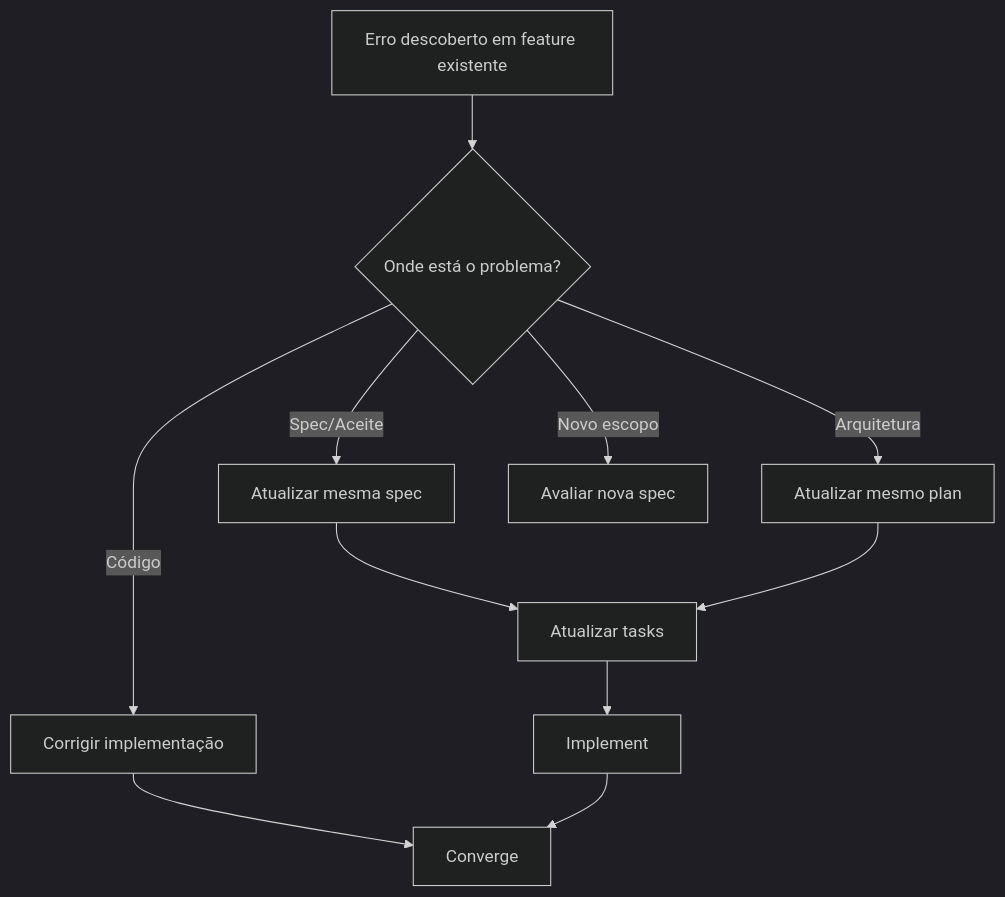
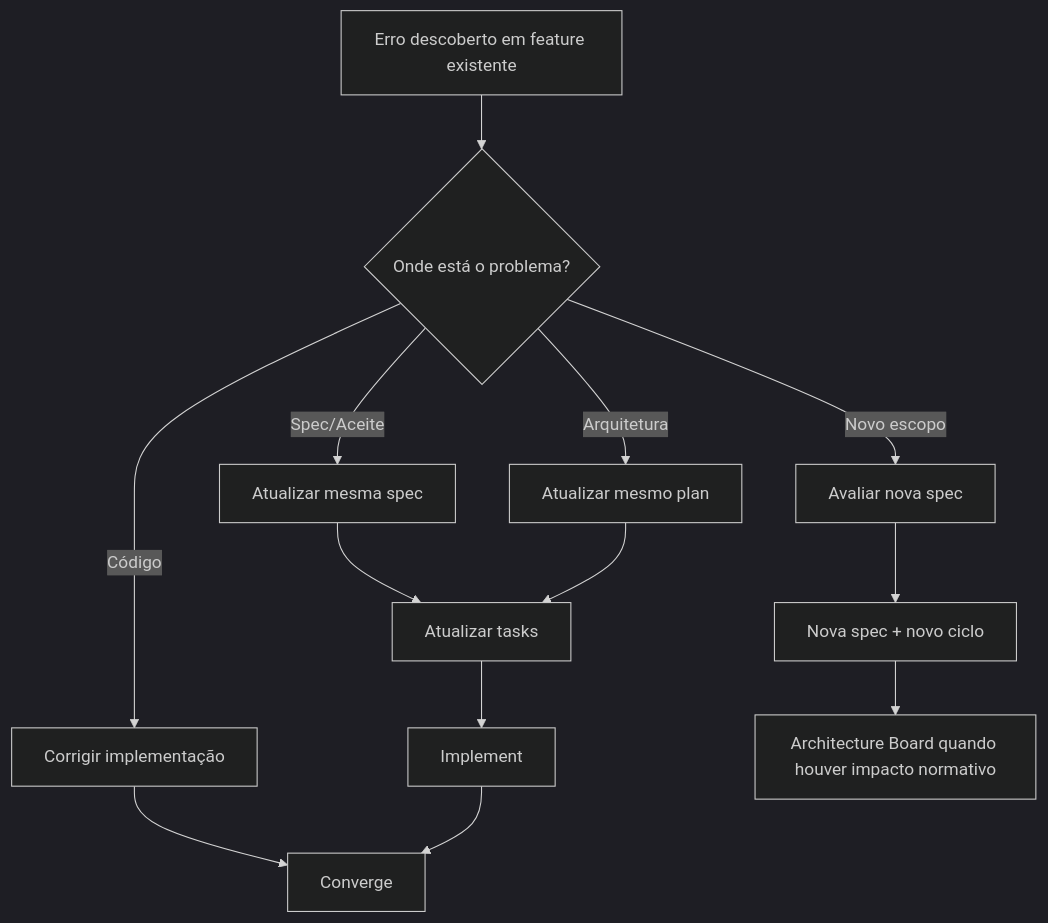
One commit to lrodriguesvpn/nimbus-code changed the second of 2 diagrams in specs/019-process-recovery-flow/graph.md. Above: the diagram before and after it, drawn with Mermaid (dark theme). The commit also changed other lines of this file and 118 other files, not shown here.

````diff
--- a/specs/019-process-recovery-flow/graph.md
+++ b/specs/019-process-recovery-flow/graph.md
@@ -15,13 +17,15 @@
 ```mermaid
 graph TD
   A[Erro descoberto em feature existente] --> B{Onde está o problema?}
   B -->|Código| C[Corrigir implementação]
   B -->|Spec/Aceite| D[Atualizar mesma spec]
   B -->|Arquitetura| E[Atualizar mesmo plan]
   B -->|Novo escopo| F[Avaliar nova spec]
   C --> G[Converge]
   D --> H[Atualizar tasks]
   E --> H
   H --> I[Implement]
   I --> G
+  F --> J[Nova spec + novo ciclo]
+  J --> K[Architecture Board quando houver impacto normativo]
 ```
````
